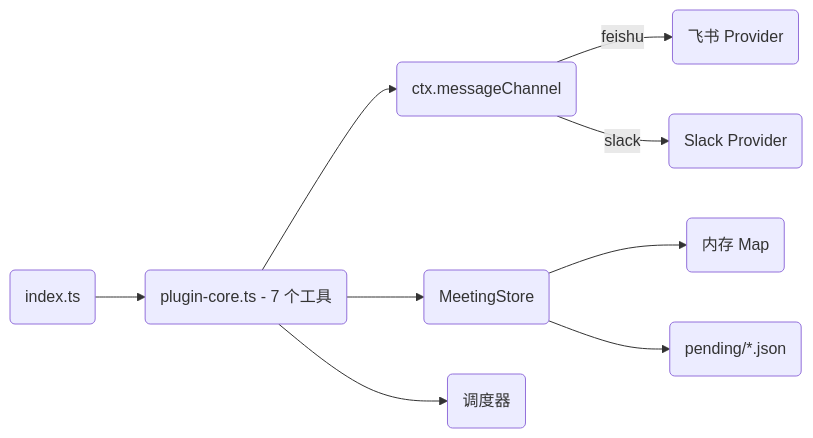
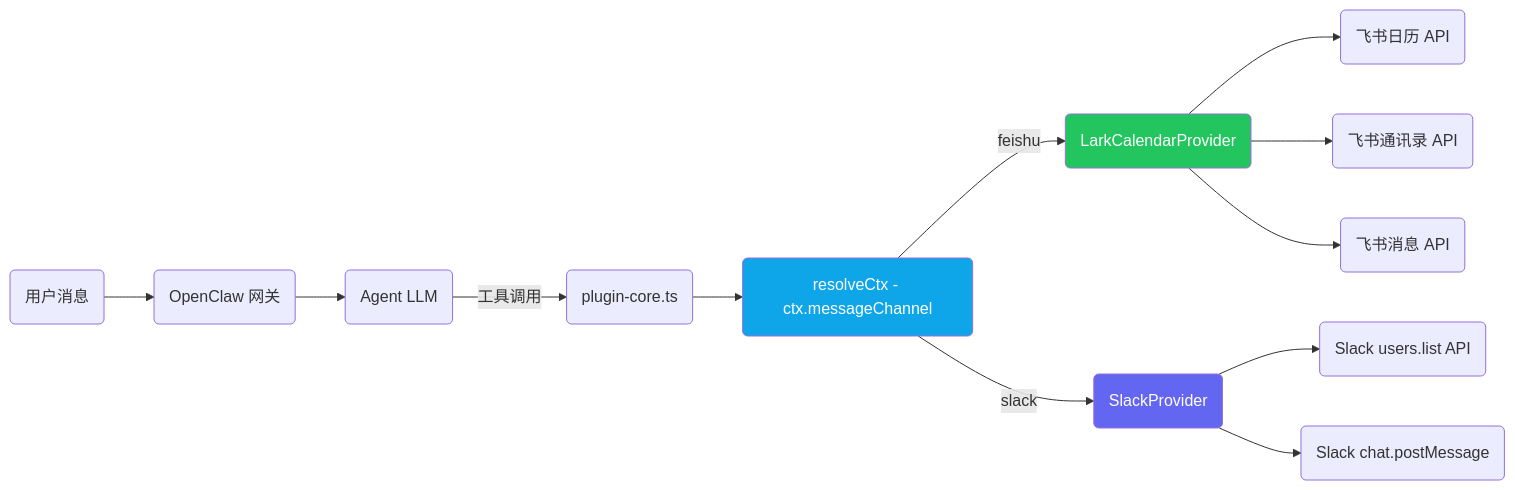
The second of 13 diagrams in README.zh-CN.md (javana3/claw_meeting_all), drawn with Mermaid before and after one commit. The commit also changed other lines of this file and 4 other files, not shown here.

First line of the commit message:
docs: rewrite all 5 READMEs with detailed Plugin/Skill flow + diff

````diff
--- a/README.zh-CN.md
+++ b/README.zh-CN.md
@@ -90,11 +66,18 @@
 ```mermaid
 graph LR
-    IDX(index.ts) --> CORE(plugin-core.ts - 7 个工具)
-    CORE --> ROUTER(ctx.messageChannel)
-    ROUTER -->|feishu| LP(飞书 Provider)
-    ROUTER -->|slack| SP(Slack Provider)
-    CORE --> STORE(MeetingStore)
-    STORE --> MEM(内存 Map)
-    STORE --> DISK(pending/*.json)
-    CORE --> SCH(调度器)
+    MSG(用户消息) --> GW(OpenClaw 网关)
+    GW --> AGENT(Agent LLM)
+    AGENT -->|工具调用| CORE(plugin-core.ts)
+    CORE --> CTX(resolveCtx - ctx.messageChannel)
+    CTX -->|feishu| LP(LarkCalendarProvider)
+    CTX -->|slack| SP(SlackProvider)
+    LP --> LAPI(飞书日历 API)
+    LP --> LDIR(飞书通讯录 API)
+    LP --> LDM(飞书消息 API)
+    SP --> SDIR(Slack users.list API)
+    SP --> SDM(Slack chat.postMessage)
+
+    style CTX fill:#0ea5e9,color:#fff
+    style LP fill:#22c55e,color:#fff
+    style SP fill:#6366f1,color:#fff
 ```
````
